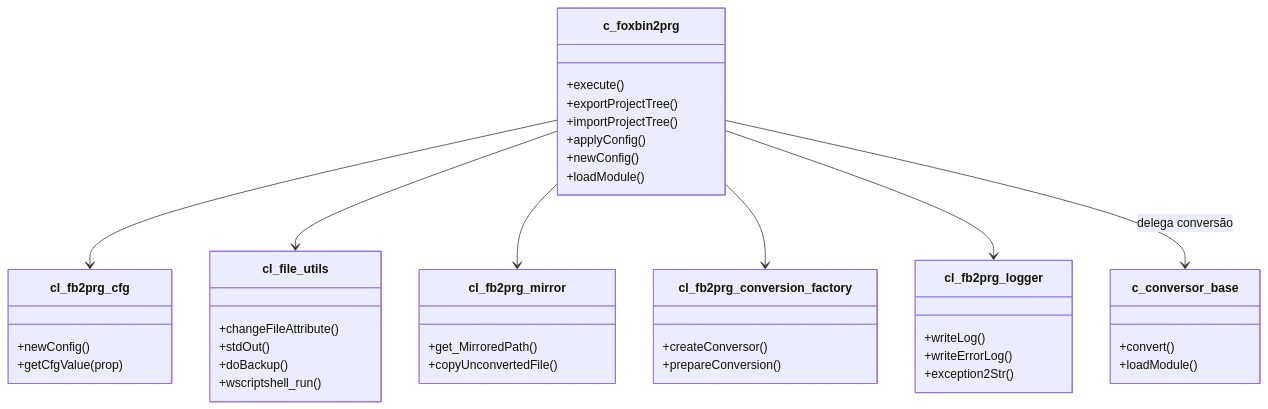
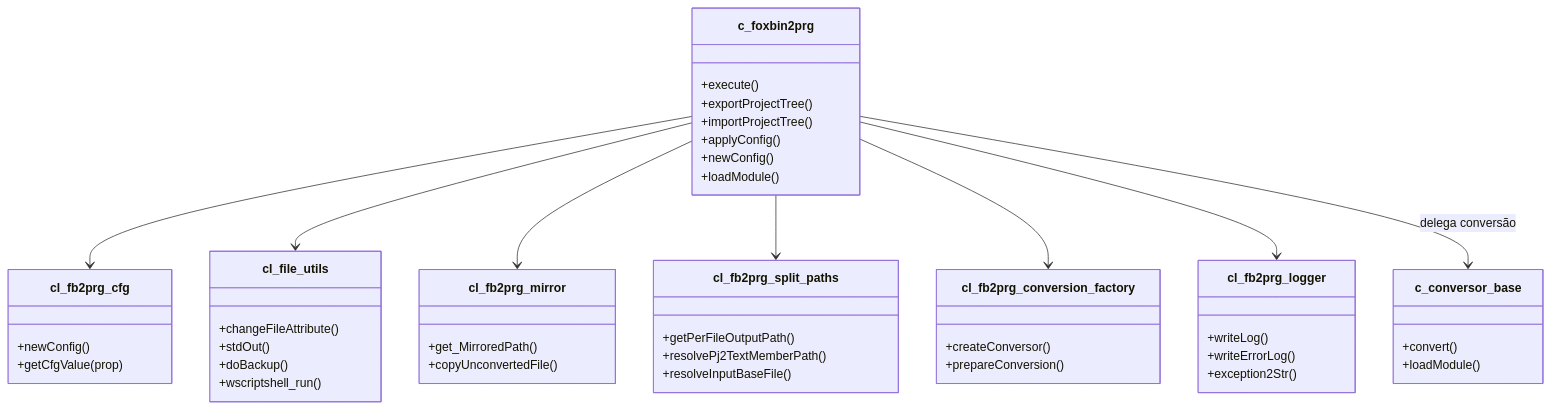
The second of 3 diagrams in docs/c_foxbin2prg_ClassAnalysis.md (lkmatsumura/foxbin2prg), drawn with Mermaid before and after one commit. The commit also changed other lines of this file and 5 other files, not shown here.

First line of the commit message:
feat: Introduce cl_fb2prg_split_paths for enhanced path management

````diff
--- a/docs/c_foxbin2prg_ClassAnalysis.md
+++ b/docs/c_foxbin2prg_ClassAnalysis.md
@@ -532,45 +553,51 @@
 ```mermaid
 classDiagram
     class c_foxbin2prg {
         +execute()
         +exportProjectTree()
         +importProjectTree()
         +applyConfig()
         +newConfig()
         +loadModule()
     }
     class cl_fb2prg_cfg {
         +newConfig()
         +getCfgValue(prop)
     }
     class cl_fb2prg_logger {
         +writeLog()
         +writeErrorLog()
         +exception2Str()
     }
     class cl_file_utils {
         +changeFileAttribute()
         +stdOut()
         +doBackup()
         +wscriptshell_run()
     }
     class cl_fb2prg_mirror {
         +get_MirroredPath()
         +copyUnconvertedFile()
     }
+    class cl_fb2prg_split_paths {
+        +getPerFileOutputPath()
+        +resolvePj2TextMemberPath()
+        +resolveInputBaseFile()
+    }
     class cl_fb2prg_conversion_factory {
         +createConversor()
         +prepareConversion()
     }
     class c_conversor_base {
         +convert()
         +loadModule()
     }
 
     c_foxbin2prg --> cl_fb2prg_cfg
     c_foxbin2prg --> cl_file_utils
     c_foxbin2prg --> cl_fb2prg_mirror
+    c_foxbin2prg --> cl_fb2prg_split_paths
     c_foxbin2prg --> cl_fb2prg_conversion_factory
     c_foxbin2prg --> cl_fb2prg_logger
     c_foxbin2prg --> c_conversor_base : delega conversão
 ```
````
